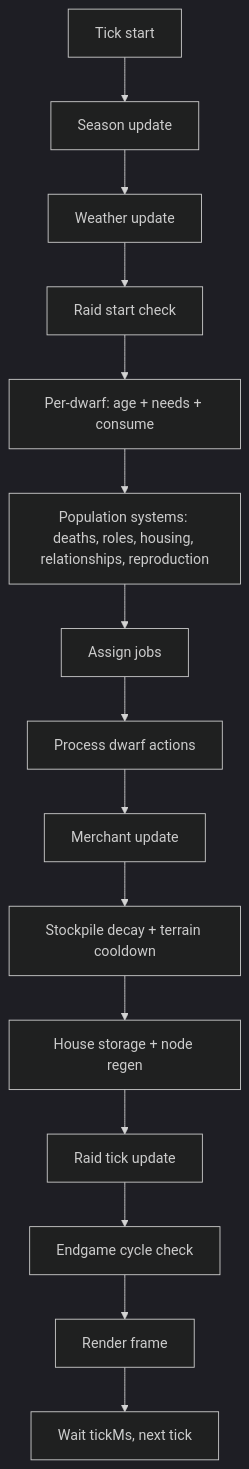
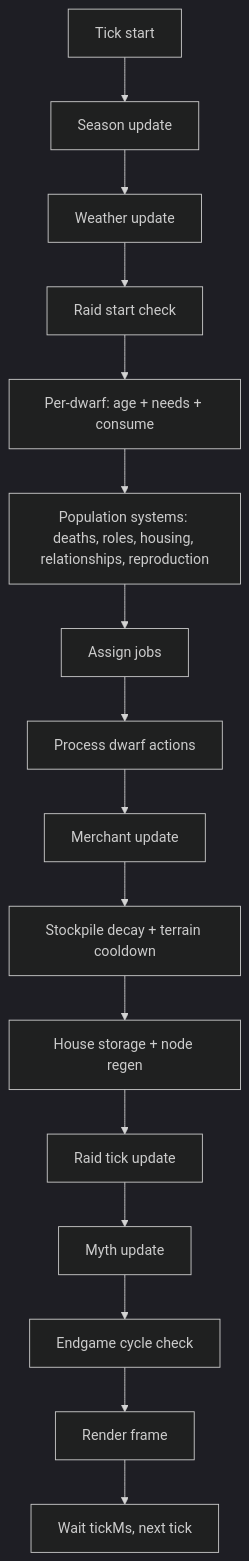
One commit to Gladiak/nodeDwarves changed the diagram in MANUAL.md. Above: the diagram before and after it, drawn with Mermaid (dark theme). The commit also changed other lines of this file and 27 other files, not shown here.

````diff
--- a/MANUAL.md
+++ b/MANUAL.md
@@ -40,17 +49,18 @@
 ```mermaid
 flowchart TD
   A[Tick start] --> B[Season update]
   B --> C[Weather update]
   C --> D[Raid start check]
   D --> E[Per-dwarf: age + needs + consume]
   E --> F[Population systems: deaths, roles, housing, relationships, reproduction]
   F --> G[Assign jobs]
   G --> H[Process dwarf actions]
   H --> I[Merchant update]
   I --> J[Stockpile decay + terrain cooldown]
   J --> K[House storage + node regen]
   K --> L[Raid tick update]
-  L --> M[Endgame cycle check]
-  M --> N[Render frame]
-  N --> O[Wait tickMs, next tick]
+  L --> M[Myth update]
+  M --> N[Endgame cycle check]
+  N --> O[Render frame]
+  O --> P[Wait tickMs, next tick]
 ```
````
